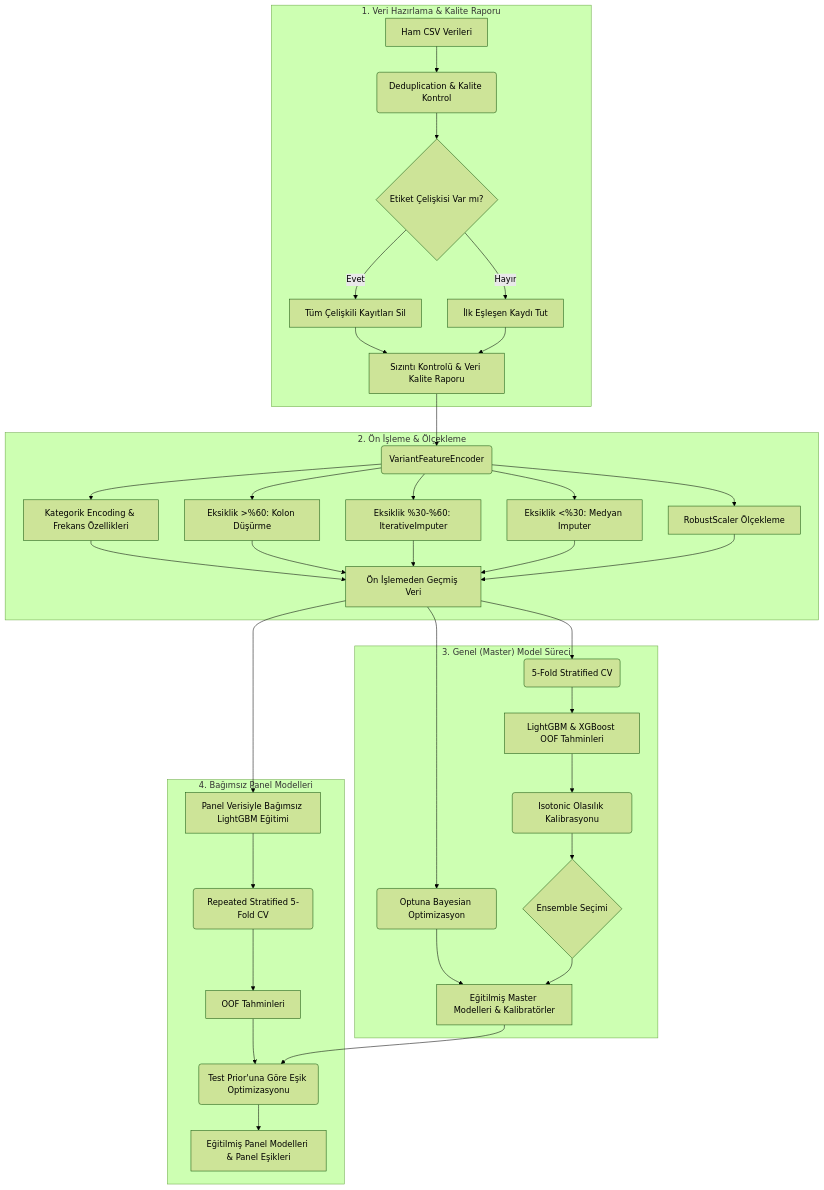
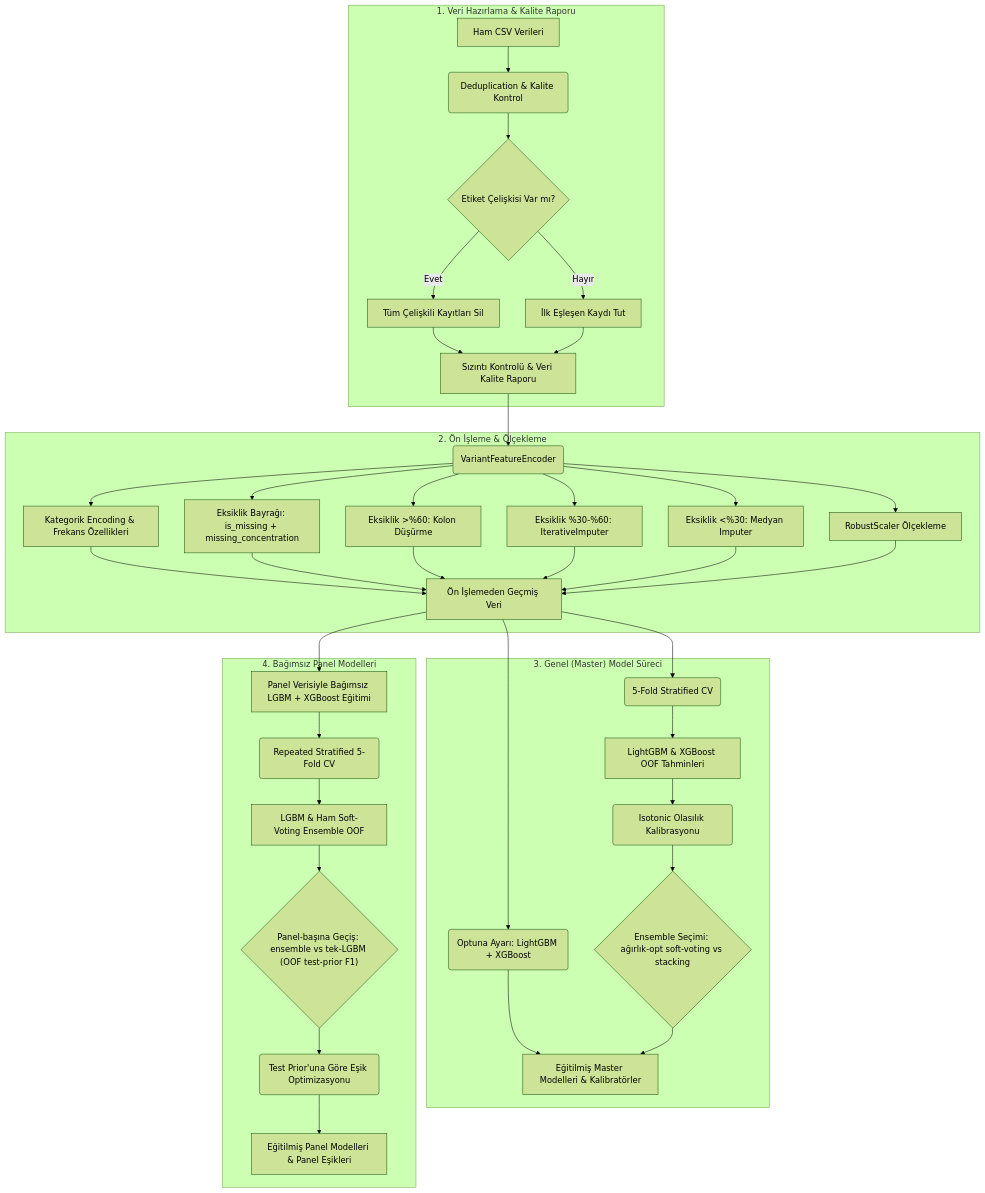
One commit to suleyman-kara/pathGuard changed the diagram in README.md. Above: the diagram before and after it, drawn with Mermaid (forest theme). The commit also changed other lines of this file and 7 other files, not shown here.

First line of the commit message:
feat: maximize expected test F1 (+1.81pp avg) via missing flags, XGB tuning, panel ensembles

````diff
--- a/README.md
+++ b/README.md
@@ -57,40 +57,40 @@
 ```mermaid
 flowchart TD
     subgraph Data_Prep ["1. Veri Hazırlama & Kalite Raporu"]
         A[Ham CSV Verileri] --> B(Deduplication & Kalite Kontrol)
         B --> C{Etiket Çelişkisi Var mı?}
         C -- Evet --> D[Tüm Çelişkili Kayıtları Sil]
         C -- Hayır --> E[İlk Eşleşen Kaydı Tut]
         D --> F[Sızıntı Kontrolü & Veri Kalite Raporu]
         E --> F
     end
 
     subgraph Preprocessing ["2. Ön İşleme & Ölçekleme"]
         F --> G(VariantFeatureEncoder)
         G --> H[Kategorik Encoding & Frekans Özellikleri]
+        G --> I["Eksiklik Bayrağı: is_missing + missing_concentration"]
         G --> J[Eksiklik >%60: Kolon Düşürme]
         G --> K[Eksiklik %30-%60: IterativeImputer]
         G --> L[Eksiklik <%30: Medyan Imputer]
         G --> M[RobustScaler Ölçekleme]
-        H & J & K & L & M --> N[Ön İşlemeden Geçmiş Veri]
+        H & I & J & K & L & M --> N[Ön İşlemeden Geçmiş Veri]
     end
 
     subgraph Master_Pipeline ["3. Genel (Master) Model Süreci"]
-        N --> O(Optuna Bayesian Optimizasyon)
+        N --> O("Optuna Ayarı: LightGBM + XGBoost")
         N --> Q(5-Fold Stratified CV)
         Q --> R[LightGBM & XGBoost OOF Tahminleri]
         R --> S(Isotonic Olasılık Kalibrasyonu)
-        S --> T{Ensemble Seçimi}
+        S --> T{"Ensemble Seçimi: ağırlık-opt soft-voting vs stacking"}
         O & T --> V[Eğitilmiş Master Modelleri & Kalibratörler]
     end
 
     subgraph Panel_Pipeline ["4. Bağımsız Panel Modelleri"]
-        N --> X[Panel Verisiyle Bağımsız LightGBM Eğitimi]
+        N --> X[Panel Verisiyle Bağımsız LGBM + XGBoost Eğitimi]
         X --> Y(Repeated Stratified 5-Fold CV)
-        Y --> Z[OOF Tahminleri]
-        Z --> AA(Test Prior'una Göre Eşik Optimizasyonu)
+        Y --> Z["LGBM & Ham Soft-Voting Ensemble OOF"]
+        Z --> GATE{"Panel-başına Geçiş: ensemble vs tek-LGBM (OOF test-prior F1)"}
+        GATE --> AA(Test Prior'una Göre Eşik Optimizasyonu)
         AA --> CC[Eğitilmiş Panel Modelleri & Panel Eşikleri]
     end
-
-    V --> AA
 ```
````
